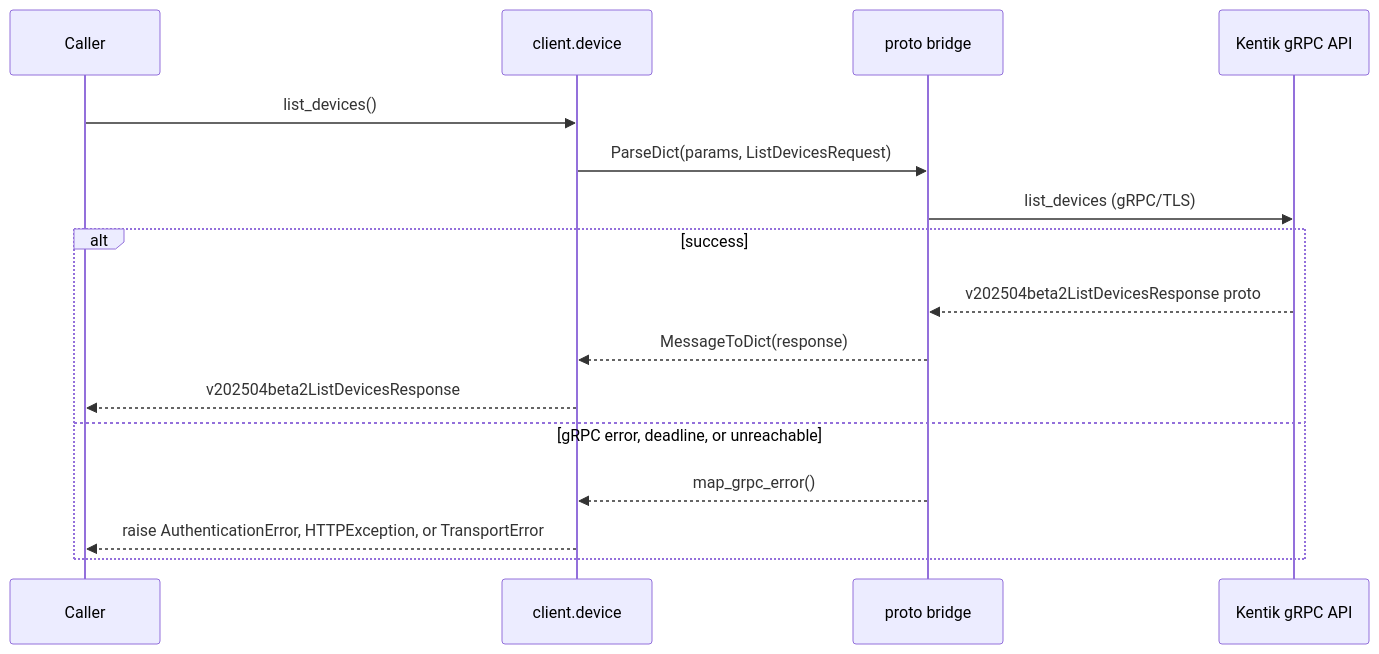
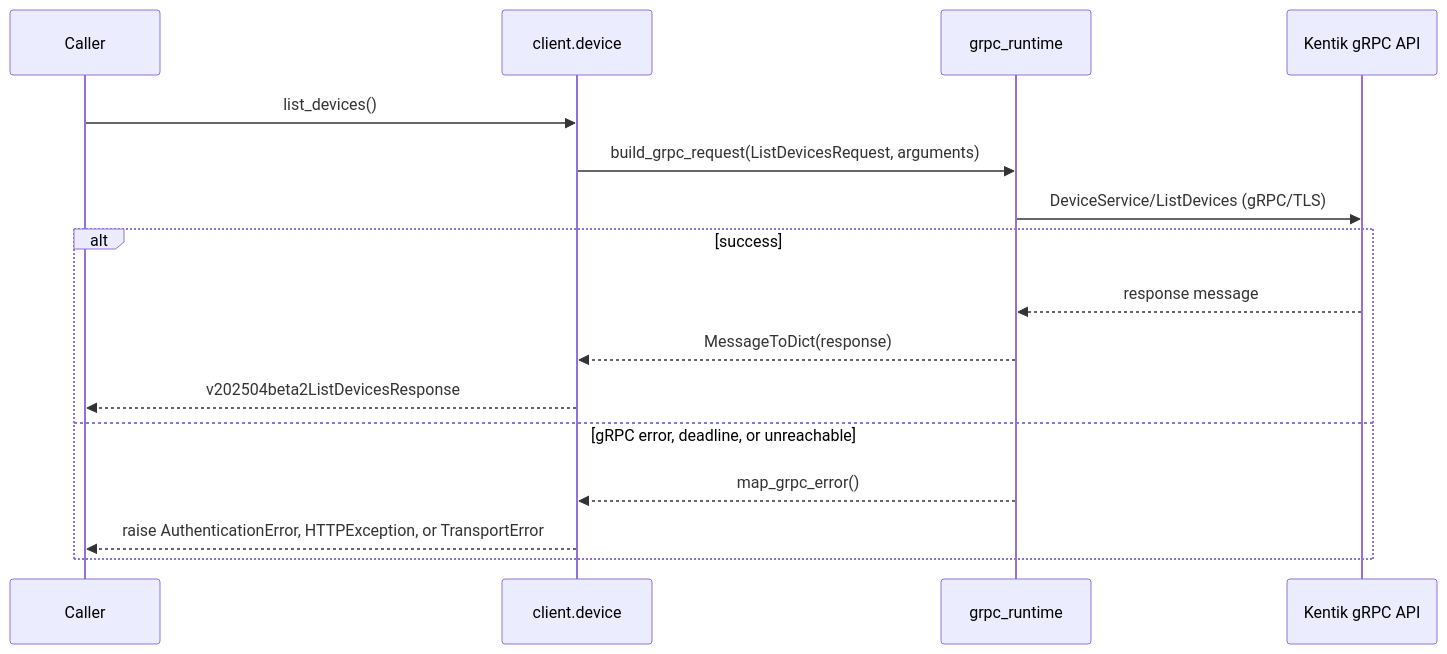
Before and after one commit to alexdearaujo/community_sdk_python: the third of 22 diagrams in docs/sphinx/services/device.md, drawn with Mermaid. The commit also changed other lines of this file and 37 other files, not shown here.

First line of the commit message:
docs: show the real RPC in each service page's gRPC diagram

````diff
--- a/docs/sphinx/services/device.md
+++ b/docs/sphinx/services/device.md
@@ -59,19 +59,19 @@
 ```mermaid
 sequenceDiagram
     participant C as Caller
     participant W as client.device
-    participant B as proto bridge
+    participant R as grpc_runtime
     participant API as Kentik gRPC API
 
     C->>W: list_devices()
-    W->>B: ParseDict(params, ListDevicesRequest)
-    B->>API: list_devices (gRPC/TLS)
+    W->>R: build_grpc_request(ListDevicesRequest, arguments)
+    R->>API: DeviceService/ListDevices (gRPC/TLS)
     alt success
-        API-->>B: v202504beta2ListDevicesResponse proto
-        B-->>W: MessageToDict(response)
+        API-->>R: response message
+        R-->>W: MessageToDict(response)
         W-->>C: v202504beta2ListDevicesResponse
     else gRPC error, deadline, or unreachable
-        B-->>W: map_grpc_error()
+        R-->>W: map_grpc_error()
         W-->>C: raise AuthenticationError, HTTPException, or TransportError
     end
 ```
````
